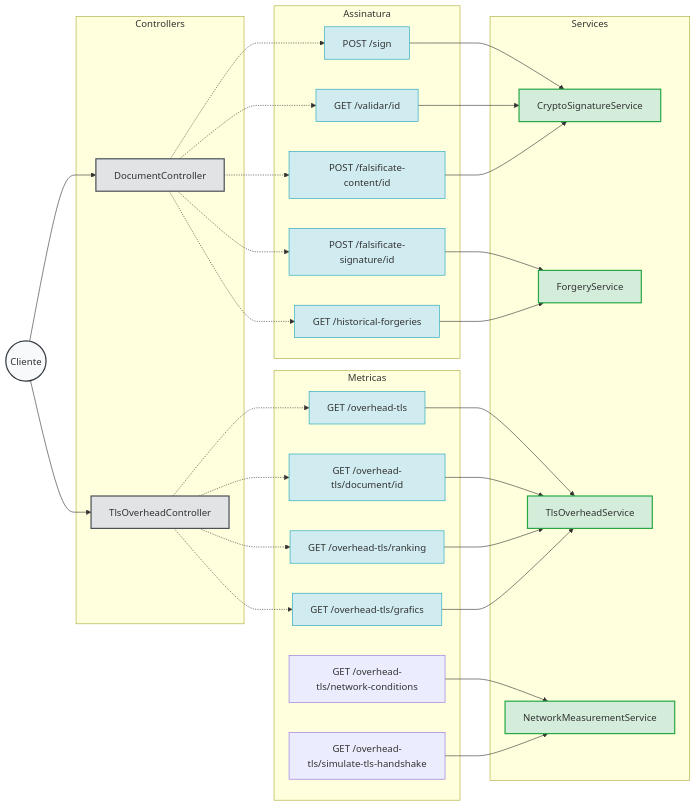
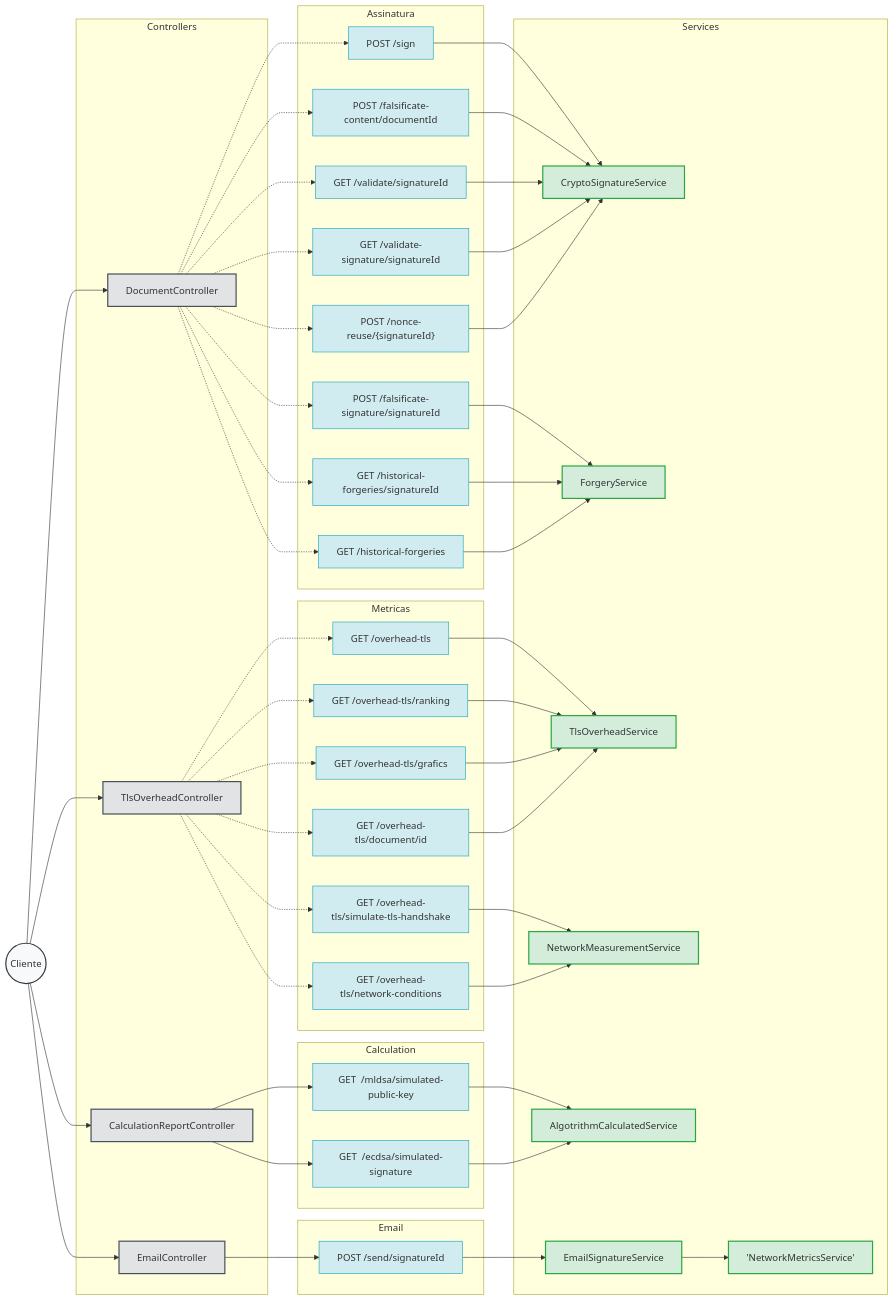
Before and after one commit to JeanVBA/digital-signature-tcc: the diagram in src/main/java/br/edu/faeterj/tcc/digital_signature/diagram/restDiagram.mmd, drawn with Mermaid. The commit also changed 14 other files, not shown here.

First line of the commit message:
feat: add email sending functionality with network metrics

````diff
--- a/src/main/java/br/edu/faeterj/tcc/digital_signature/diagram/restDiagram.mmd
+++ b/src/main/java/br/edu/faeterj/tcc/digital_signature/diagram/restDiagram.mmd
@@ -6,23 +6,38 @@
     subgraph Controllers
         DC["DocumentController"]
         TC["TlsOverheadController"]
+        CL["CalculationReportController"]
+        EM["EmailController"]
     end
 
     subgraph Assinatura
         E1["POST /sign"]
-        E2["GET /validar/id"]
-        E3["POST /falsificate-content/id"]
-        E4["POST /falsificate-signature/id"]
-        E5["GET /historical-forgeries"]
+        E8["POST /nonce-reuse/{signatureId}"]
+        E2["POST /falsificate-content/documentId"]
+        E3["POST /falsificate-signature/signatureId"]
+        E4["GET /validate/signatureId"]
+        E5["GET /validate-signature/signatureId"]
+        E6["GET /historical-forgeries/signatureId"]
+        E7["GET /historical-forgeries"]
     end
 
     subgraph Metricas
-        M1["GET /overhead-tls"]
-        M2["GET /overhead-tls/document/id"]
+        M1["GET /overhead-tls/simulate-tls-handshake"]
+        M2["GET /overhead-tls"]
         M3["GET /overhead-tls/ranking"]
         M4["GET /overhead-tls/grafics"]
-        M5["GET /overhead-tls/network-conditions"]
-        M6["GET /overhead-tls/simulate-tls-handshake"]
+        M5["GET /overhead-tls/document/id"]
+        M6["GET /overhead-tls/network-conditions"]
+        
+    end
+
+    subgraph Email
+        EM1["POST /send/signatureId"]
+    end
+
+    subgraph Calculation
+        CR1["GET  /mldsa/simulated-public-key"]
+        CR2["GET  /ecdsa/simulated-signature"]
     end
 
     subgraph Services
@@ -30,35 +45,59 @@
         FS["ForgeryService"]
         TOS["TlsOverheadService"]
         NS["NetworkMeasurementService"]
+        AL["AlgotrithmCalculatedService"]
+        ESS["EmailSignatureService"]
+        NMS['NetworkMetricsService']
     end
 
     CLIENTE --> DC
     CLIENTE --> TC
+    CLIENTE --> CL
+    CLIENTE --> EM
 
     DC -.-> E1
     DC -.-> E2
     DC -.-> E3
     DC -.-> E4
     DC -.-> E5
+    DC -.-> E6
+    DC -.-> E7
+    DC -.-> E8
 
     TC -.-> M1
     TC -.-> M2
     TC -.-> M3
     TC -.-> M4
+    TC -.-> M5
+    TC -.-> M6
 
     E1 --> CS
     E2 --> CS
-    E3 --> CS
+    E3 --> FS
 
-    E4 --> FS
-    E5 --> FS
+    E4 --> CS
+    E5 --> CS
+    E6 --> FS
+    E7 --> FS
+    E8 --> CS
 
-    M1 --> TOS
+    M1 --> NS
     M2 --> TOS
     M3 --> TOS
     M4 --> TOS
-    M5 --> NS
+    M5 --> TOS
     M6 --> NS
+
+    CL --> CR1
+    CL --> CR2
+
+    CR1 --> AL
+    CR2 --> AL
+
+    EM --> EM1
+
+    EM1 --> ESS
+    ESS --> NMS
 
     classDef client fill:#f8f9fa,stroke:#343a40,stroke-width:2px;
     classDef controller fill:#e2e3e5,stroke:#495057,stroke-width:2px;
@@ -66,7 +105,7 @@
     classDef service fill:#d4edda,stroke:#28a745,stroke-width:2px;
 
     class CLIENTE client;
-    class DC,TC controller;
-    class E1,E2,E3,E4,E5,M1,M2,M3,M4 endpoint;
-    class CS,FS,TOS,NS service;
+    class DC,TC,CL,EM controller;
+    class E1,E2,E3,E4,E5,E6,E7,E8,M1,M2,M3,M4,M5,M6,CR1,CR2,EM1 endpoint;
+    class CS,FS,TOS,NS,AL,ESS,NMS service;
 ```
````
